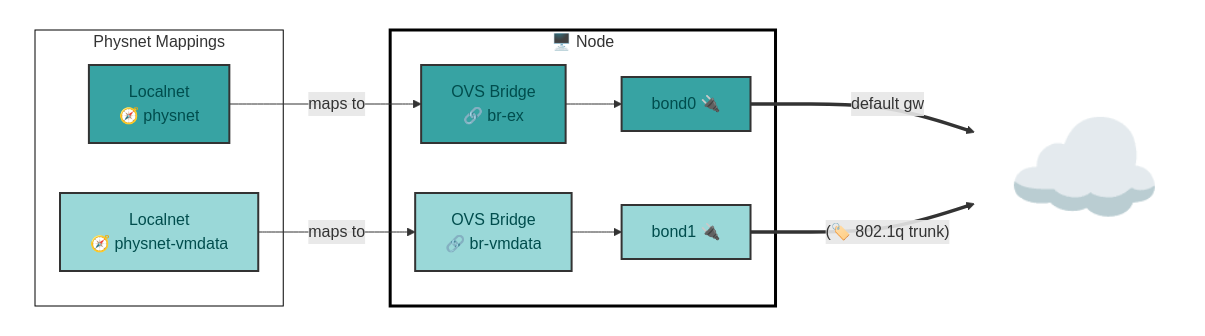
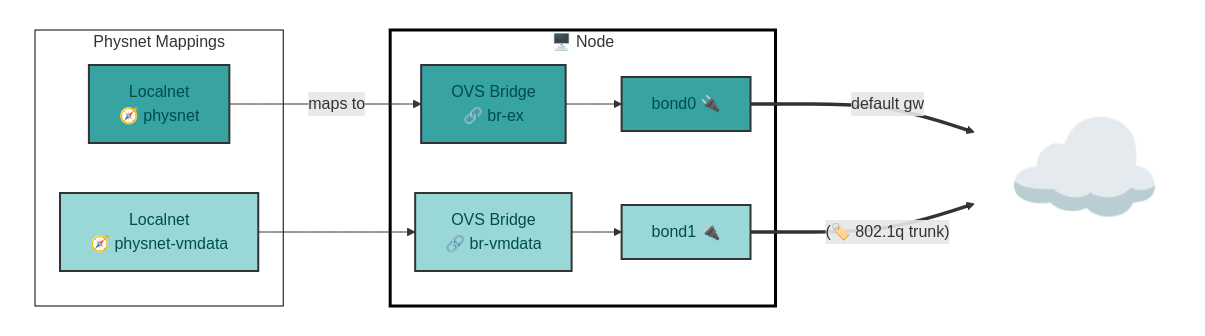
Before and after one commit to dlbewley/demo-rhone-26: the third of 7 diagrams in README.md, drawn with Mermaid. The commit also changed other lines of this file, not shown here.

````diff
--- a/README.md
+++ b/README.md
@@ -135,47 +109,45 @@
 ```mermaid
 graph LR;
     subgraph Cluster[" "]
 
       subgraph Localnets["Physnet Mappings"]
         physnet-ex[Localnet<br> 🧭 physnet]
         physnet-vmdata[Localnet<br> 🧭 physnet-vmdata]
       end
 
       subgraph node1["🖥️ Node "]
         br-ex[ OVS Bridge<br> 🔗 br-ex]
         br-vmdata[ OVS Bridge<br> 🔗 br-vmdata]
         node1-bond0[bond0 🔌]
         node1-bond1[bond1 🔌]
       end
     end
 
     physnet-ex -- maps to --> br-ex
-    physnet-vmdata -- maps to --> br-vmdata
+    physnet-vmdata --> br-vmdata
     br-ex --> node1-bond0
     br-vmdata --> node1-bond1
 
     Internet["☁️ "]:::Internet
     node1-bond0 ==default gw==> Internet
     node1-bond1 ==(🏷️ 802.1q trunk)==> Internet
-
-    classDef node-eth fill:#00dddd,color:#00f,stroke:#333,stroke-width:2px
 
     classDef bond0 fill:#37A3A3,color:#004d4d,stroke:#333,stroke-width:2px
     class br-ex,physnet-ex,node1-bond0 bond0
 
     classDef bond1 fill:#9ad8d8,color:#004d4d,stroke:#333,stroke-width:2px
     class br-vmdata,physnet-vmdata,node1-bond1 bond1
 
     classDef labels stroke-width:1px,color:#fff,fill:#005577
     classDef networks fill:#cdd,stroke-width:0px
 
     style Localnets fill:#fff,stroke:#000,stroke-width:1px
     style Cluster color:#000,fill:#fff,stroke:#333,stroke-width:0px
     style Internet fill:none,stroke-width:0px,font-size:+2em
 
     classDef nodes fill:#fff,stroke:#000,stroke-width:3px
     class node1,node2,node3 nodes
 
     classDef nad-1924 fill:#00ffff,color:#00f,stroke:#333,stroke-width:1px
     class nad-1924-client,nad-1924-ldap,nad-1924-nfs nad-1924
 ```
````
